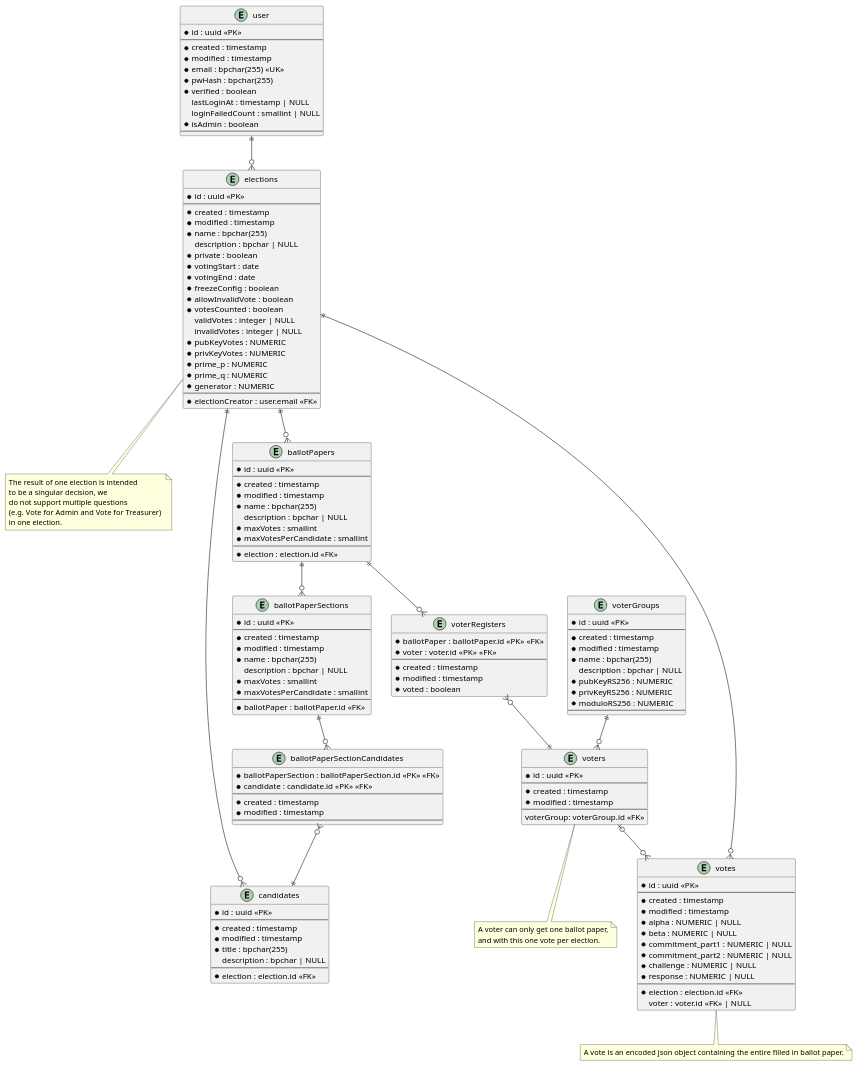
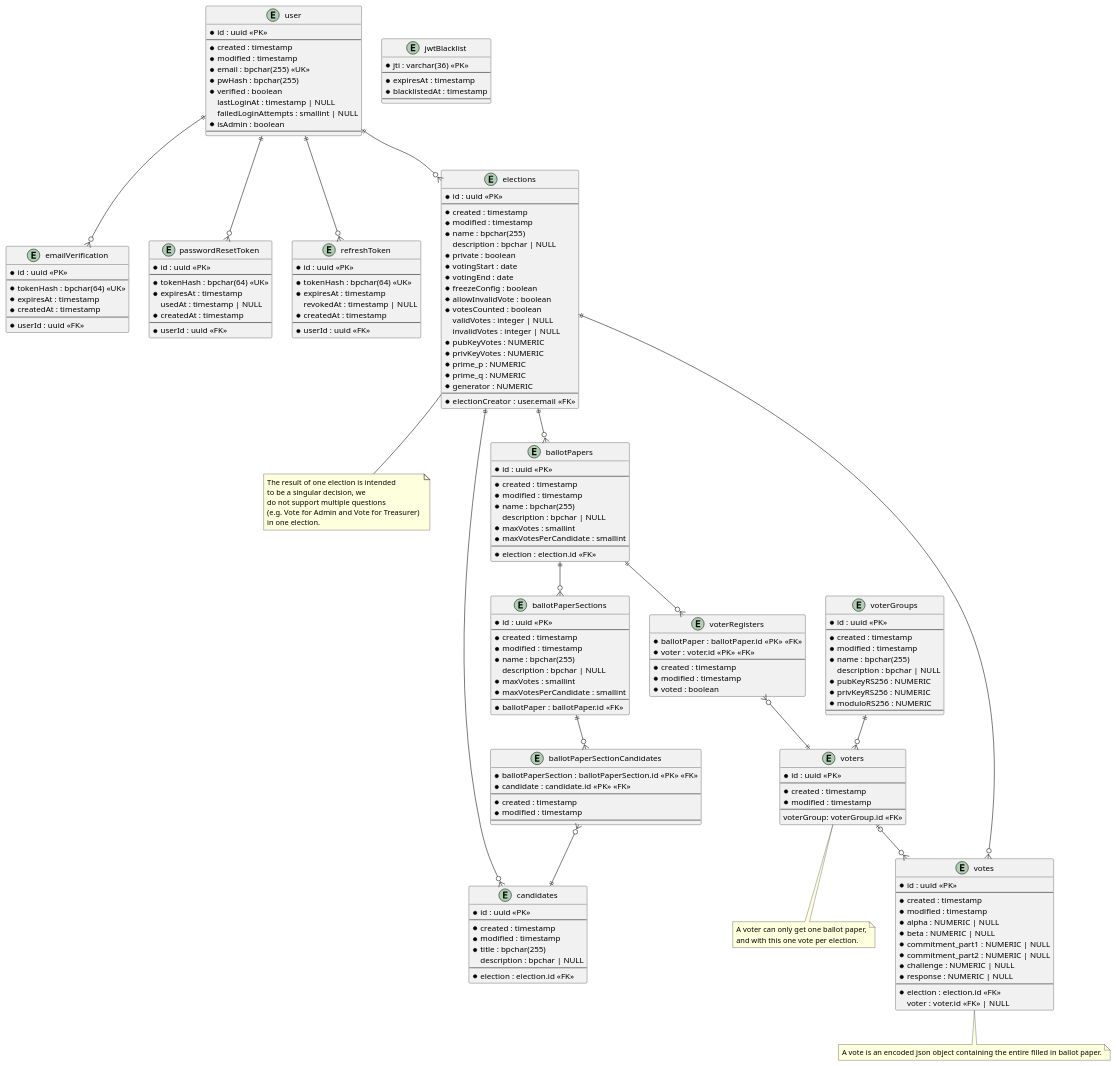
Before and after one commit to SE-UUlm/votura: the diagram in apps/docs/static/uml/dataModel.puml, drawn with PlantUML.

Commit message:
63: update data model to include user and session management

```diff
--- a/apps/docs/static/uml/dataModel.puml
+++ b/apps/docs/static/uml/dataModel.puml
@@ -9,10 +9,53 @@
     * pwHash : bpchar(255)
     * verified : boolean
     lastLoginAt : timestamp | NULL
-    loginFailedCount : smallint | NULL
+    failedLoginAttempts : smallint | NULL
     * isAdmin : boolean
     --
 }
+
+entity "emailVerification" as emailVerification {
+    * id : uuid <<PK>>
+    --
+    * tokenHash : bpchar(64) <<UK>>
+    * expiresAt : timestamp
+    * createdAt : timestamp
+    --
+    * userId : uuid <<FK>>
+}
+
+entity "passwordResetToken" as passwordResetToken {
+    * id : uuid <<PK>>
+    --
+    * tokenHash : bpchar(64) <<UK>>
+    * expiresAt : timestamp
+    usedAt : timestamp | NULL
+    * createdAt : timestamp
+    --
+    * userId : uuid <<FK>>
+}
+
+entity "refreshToken" as refreshToken {
+    * id : uuid <<PK>>
+    --
+    * tokenHash : bpchar(64) <<UK>>
+    * expiresAt : timestamp
+    revokedAt : timestamp | NULL
+    * createdAt : timestamp
+    --
+    * userId : uuid <<FK>>
+}
+
+entity "jwtBlacklist" as jwtBlacklist {
+    ' this table is used to store blacklisted access tokens
+    ' The jti is 36 characters long if we use UUIDv4
+    * jti : varchar(36) <<PK>>
+    --
+    * expiresAt : timestamp
+    * blacklistedAt : timestamp
+    --
+}
+
 
 
 entity "elections" as elections {
@@ -154,6 +197,9 @@
 }
 
 user ||--o{ elections
+user ||--o{ emailVerification
+user ||--o{ passwordResetToken
+user ||--o{ refreshToken
 elections ||--o{ ballotPapers
 elections -- N2
 elections ||--o{ candidates
```
